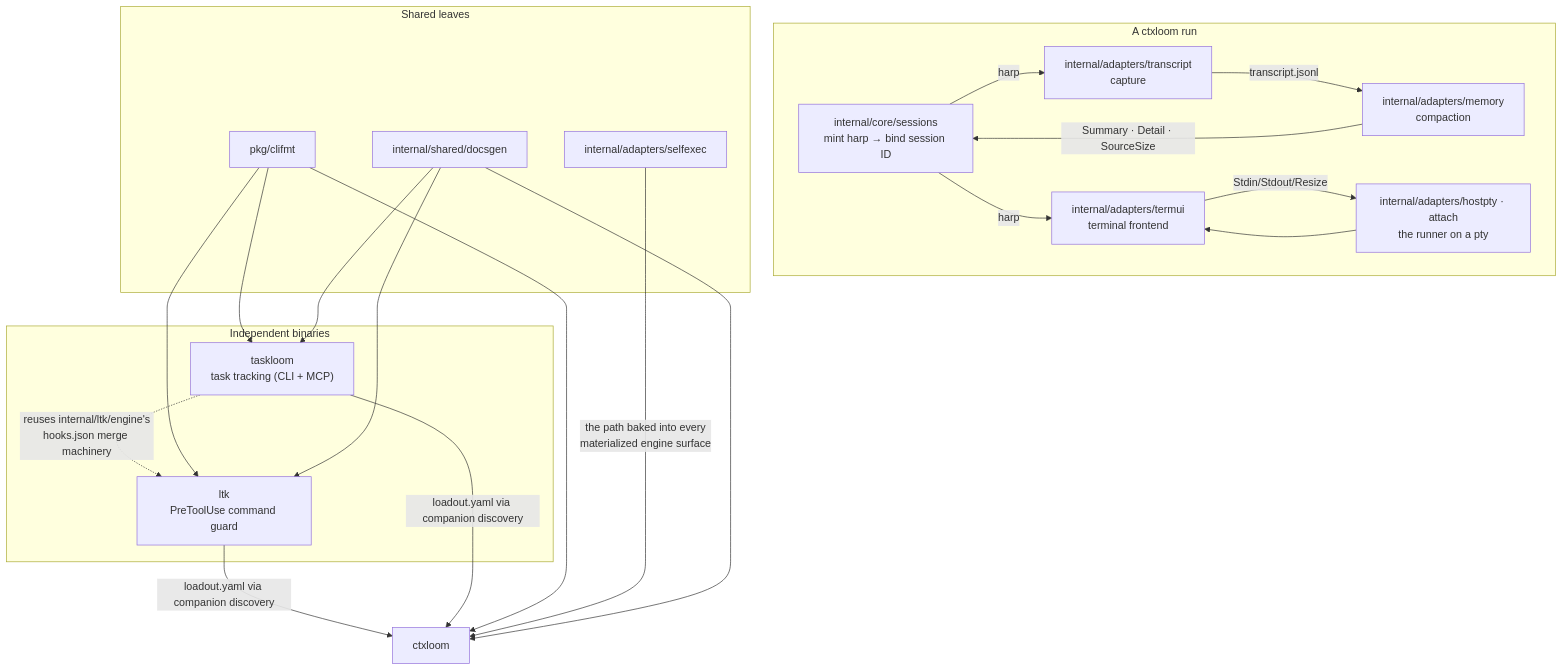
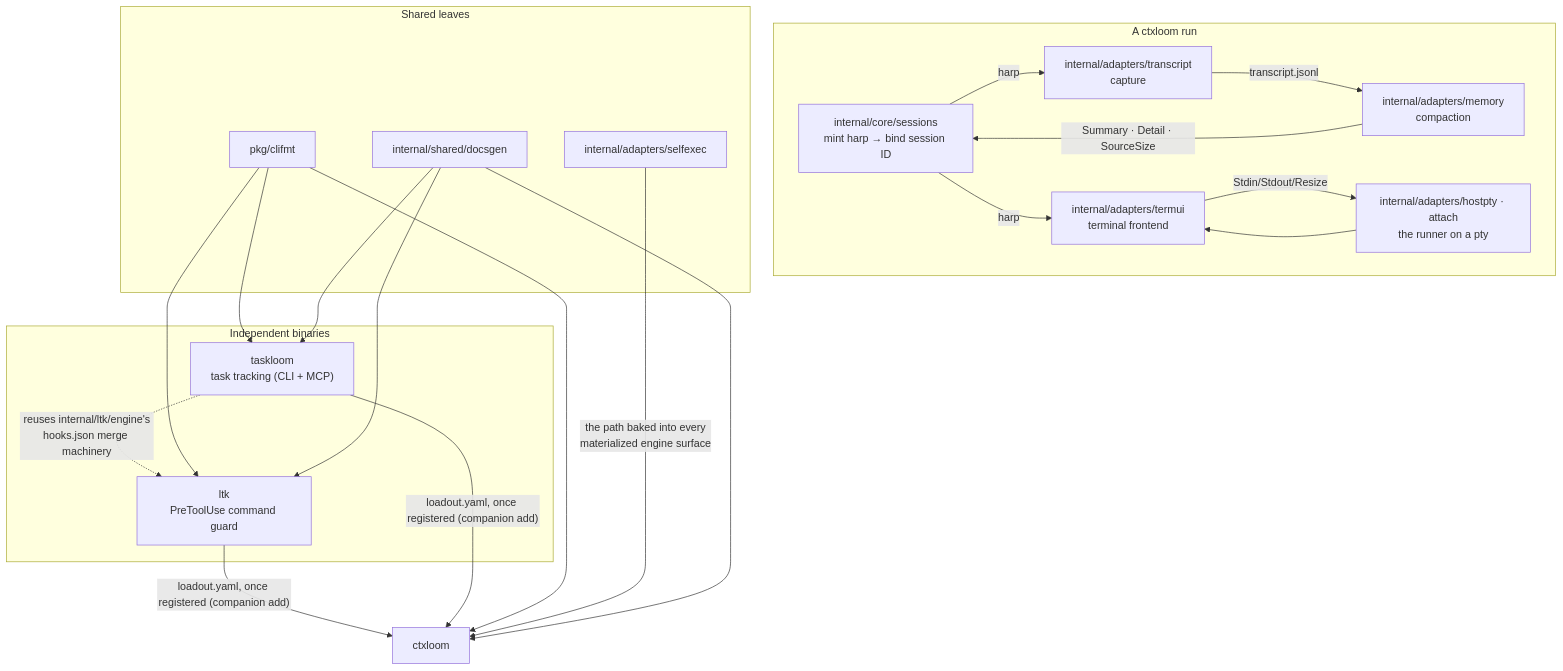
One commit to ctxloom/ctxloom changed the diagram in docs/architecture/companions/README.md. Above: the diagram before and after it, drawn with Mermaid. The commit also changed 154 other files, not shown here.

````diff
--- a/docs/architecture/companions/README.md
+++ b/docs/architecture/companions/README.md
@@ -29,36 +29,36 @@
 ```mermaid
 flowchart TD
     subgraph binaries["Independent binaries"]
       LTK["ltk<br/>PreToolUse command guard"]
       TL["taskloom<br/>task tracking (CLI + MCP)"]
     end
 
     subgraph run["A ctxloom run"]
       SESS["internal/core/sessions<br/>mint harp → bind session ID"]
       TERM["internal/adapters/termui<br/>terminal frontend"]
       VP["internal/adapters/hostpty · attach<br/>the runner on a pty"]
       TR["internal/adapters/transcript<br/>capture"]
       MEM["internal/adapters/memory<br/>compaction"]
     end
 
     subgraph leaves["Shared leaves"]
       CF["pkg/clifmt"]
       SE["internal/adapters/selfexec"]
       DG["internal/shared/docsgen"]
     end
 
     SESS -->|"harp"| TR
     SESS -->|"harp"| TERM
     TR -->|"transcript.jsonl"| MEM
     MEM -->|"Summary · Detail · SourceSize"| SESS
     VP --> TERM
     TERM -->|"Stdin/Stdout/Resize"| VP
 
-    LTK -->|"loadout.yaml via companion discovery"| CTX["ctxloom"]
-    TL -->|"loadout.yaml via companion discovery"| CTX
+    LTK -->|"loadout.yaml, once registered (companion add)"| CTX["ctxloom"]
+    TL -->|"loadout.yaml, once registered (companion add)"| CTX
     TL -.->|"reuses internal/ltk/engine's<br/>hooks.json merge machinery"| LTK
 
     CF --> LTK & TL & CTX
     SE -->|"the path baked into every<br/>materialized engine surface"| CTX
     DG --> LTK & TL & CTX
 ```
````
